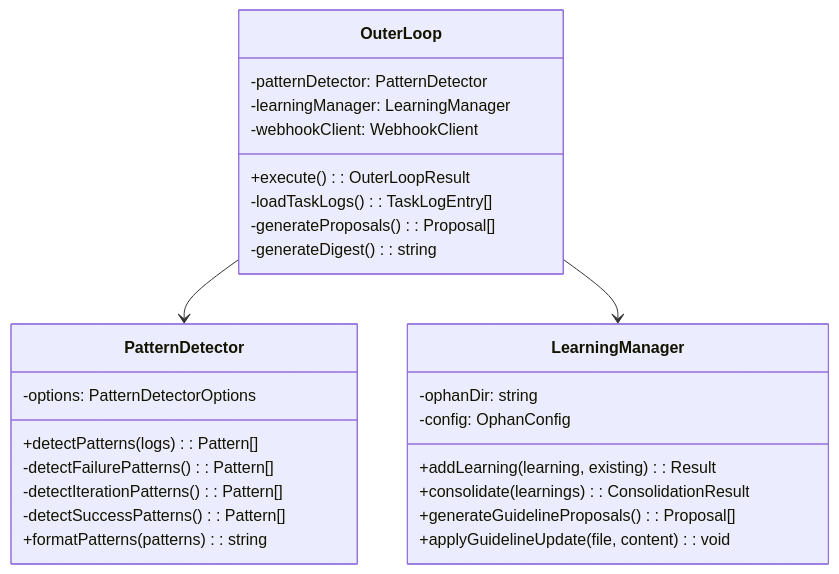
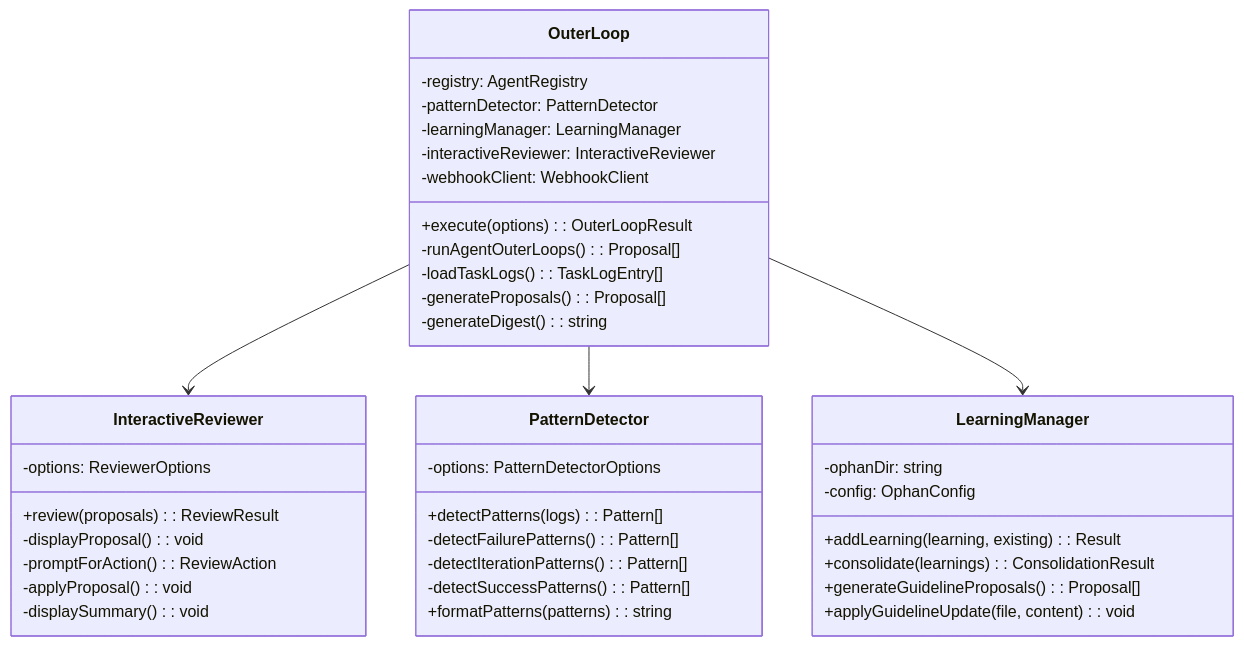
The fifth of 12 diagrams in docs/architecture.md (cymfg/ophan), drawn with Mermaid before and after one commit. The commit also changed other lines of this file and 34 other files, not shown here.

First line of the commit message:
feat: add core agent types and utilities for multi-agent architecture

````diff
--- a/docs/architecture.md
+++ b/docs/architecture.md
@@ -147,33 +228,46 @@
 ```mermaid
 classDiagram
     class OuterLoop {
+        -registry: AgentRegistry
         -patternDetector: PatternDetector
         -learningManager: LearningManager
+        -interactiveReviewer: InteractiveReviewer
         -webhookClient: WebhookClient
-        +execute(): OuterLoopResult
+        +execute(options): OuterLoopResult
+        -runAgentOuterLoops(): Proposal[]
         -loadTaskLogs(): TaskLogEntry[]
         -generateProposals(): Proposal[]
         -generateDigest(): string
+    }
+
+    class InteractiveReviewer {
+        -options: ReviewerOptions
+        +review(proposals): ReviewResult
+        -displayProposal(): void
+        -promptForAction(): ReviewAction
+        -applyProposal(): void
+        -displaySummary(): void
     }
 
     class PatternDetector {
         -options: PatternDetectorOptions
         +detectPatterns(logs): Pattern[]
         -detectFailurePatterns(): Pattern[]
         -detectIterationPatterns(): Pattern[]
         -detectSuccessPatterns(): Pattern[]
         +formatPatterns(patterns): string
     }
 
     class LearningManager {
         -ophanDir: string
         -config: OphanConfig
         +addLearning(learning, existing): Result
         +consolidate(learnings): ConsolidationResult
         +generateGuidelineProposals(): Proposal[]
         +applyGuidelineUpdate(file, content): void
     }
 
+    OuterLoop --> InteractiveReviewer
     OuterLoop --> PatternDetector
     OuterLoop --> LearningManager
 ```
````
